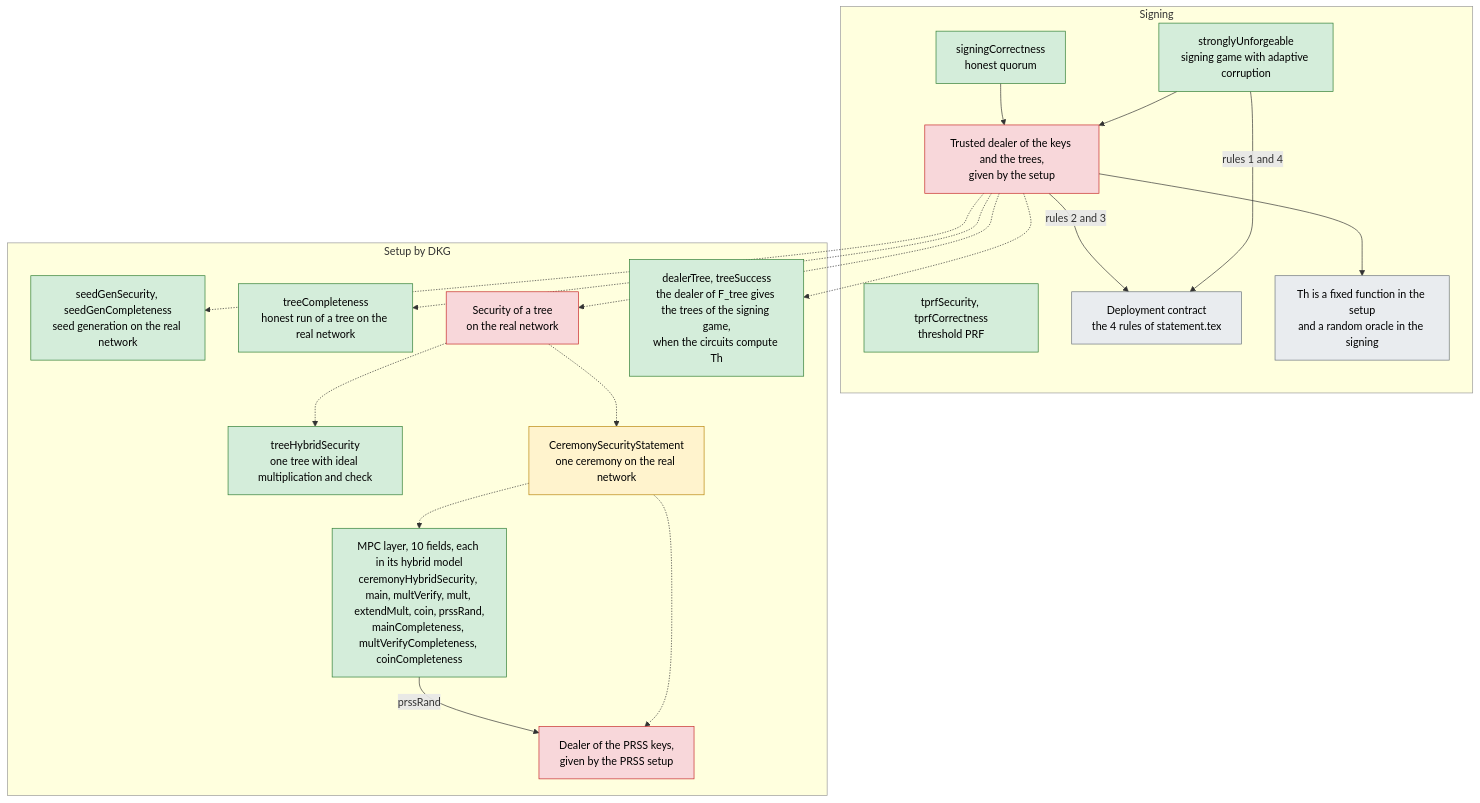
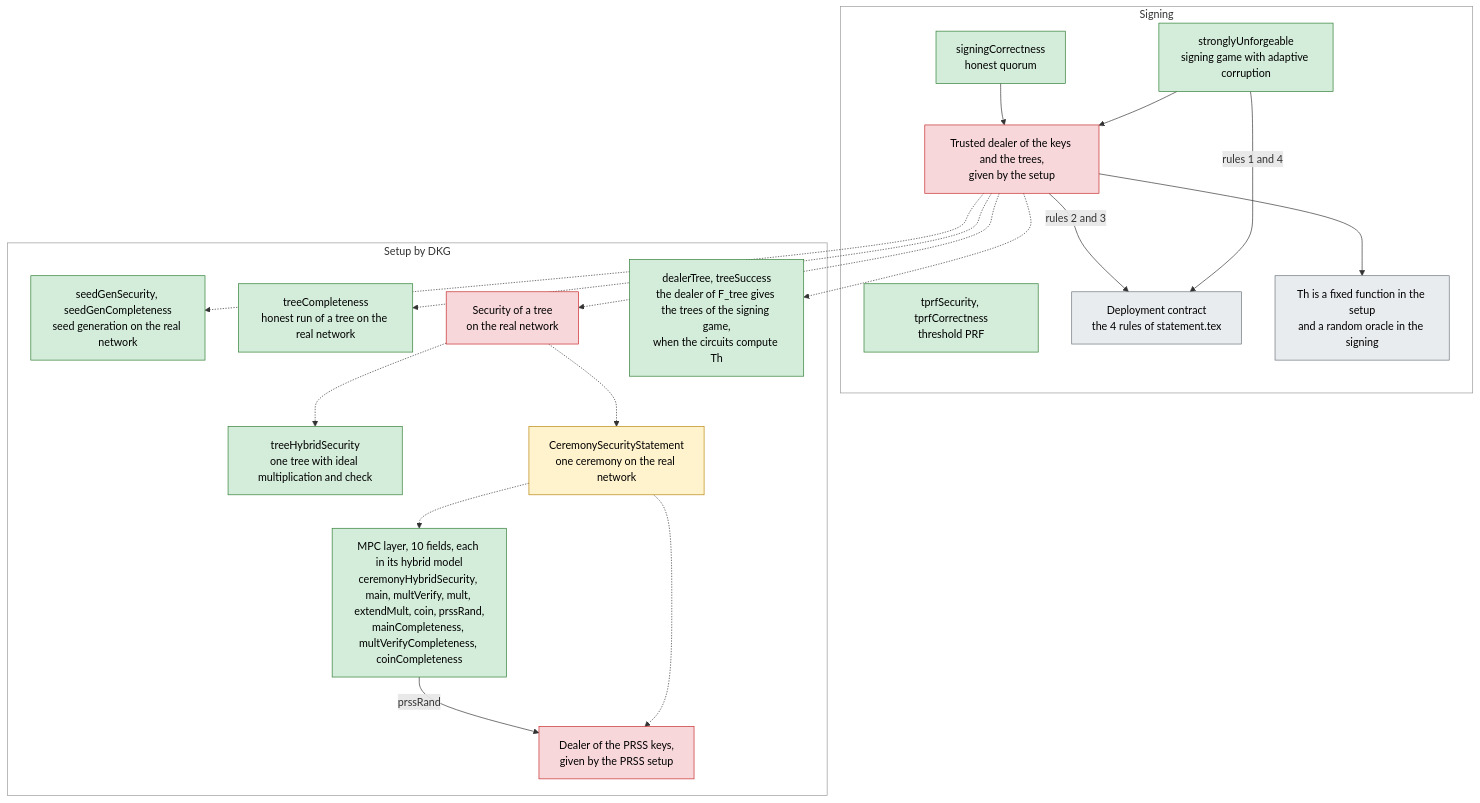
Before and after one commit to han0110/threshold-lean-xmss: the diagram in formal/README.md, drawn with Mermaid. The commit also changed other lines of this file and 4 other files, not shown here.

````diff
--- a/formal/README.md
+++ b/formal/README.md
@@ -76,45 +59,45 @@
 ```mermaid
 flowchart TB
   classDef proved fill:#d4edda,stroke:#2e7d32,color:#000
   classDef stated fill:#fff3cd,stroke:#b8860b,color:#000
   classDef missing fill:#f8d7da,stroke:#c62828,color:#000
   classDef assumed fill:#e9ecef,stroke:#6c757d,color:#000
 
   subgraph SIG["Signing"]
     SUF["stronglyUnforgeable<br/>signing game with adaptive corruption"]:::proved
     SCOR["signingCorrectness<br/>honest quorum"]:::proved
     TPRF["tprfSecurity, tprfCorrectness<br/>threshold PRF"]:::proved
     DEALT["Trusted dealer of the keys and the trees,<br/>given by the setup"]:::missing
     RULES["Deployment contract<br/>the 4 rules of statement.tex"]:::assumed
     HEUR["Th is a fixed function in the setup<br/>and a random oracle in the signing"]:::assumed
   end
 
   subgraph DKG["Setup by DKG"]
     SEED["seedGenSecurity, seedGenCompleteness<br/>seed generation on the real network"]:::proved
     TCOMP["treeCompleteness<br/>honest run of a tree on the real network"]:::proved
     THYB["treeHybridSecurity<br/>one tree with ideal multiplication and check"]:::proved
     TSEC["Security of a tree<br/>on the real network"]:::missing
     DEALER["dealerTree, treeSuccess<br/>the dealer of F_tree gives the trees of the signing game,<br/>when the circuits compute Th"]:::proved
     CSEC["CeremonySecurityStatement<br/>one ceremony on the real network"]:::stated
     MPC["MPC layer, 10 fields, each in its hybrid model<br/>ceremonyHybridSecurity, main, multVerify, mult, extendMult, coin, prssRand,<br/>mainCompleteness, multVerifyCompleteness, coinCompleteness"]:::proved
     PKEYS["Dealer of the PRSS keys,<br/>given by the PRSS setup"]:::missing
   end
 
-  style SIG stroke:#999999
-  style DKG stroke:#999999
+  style SIG fill:#ffffff,stroke:#999999
+  style DKG fill:#ffffff,stroke:#999999
 
   SUF --> DEALT
   SCOR --> DEALT
   SUF -->|rules 1 and 4| RULES
   DEALT -->|rules 2 and 3| RULES
   DEALT --> HEUR
   DEALT -.-> SEED
   DEALT -.-> DEALER
   DEALT -.-> TCOMP
   DEALT -.-> TSEC
   TSEC -.-> THYB
   TSEC -.-> CSEC
   CSEC -.-> MPC
   CSEC -.-> PKEYS
   MPC -->|prssRand| PKEYS
 ```
````
